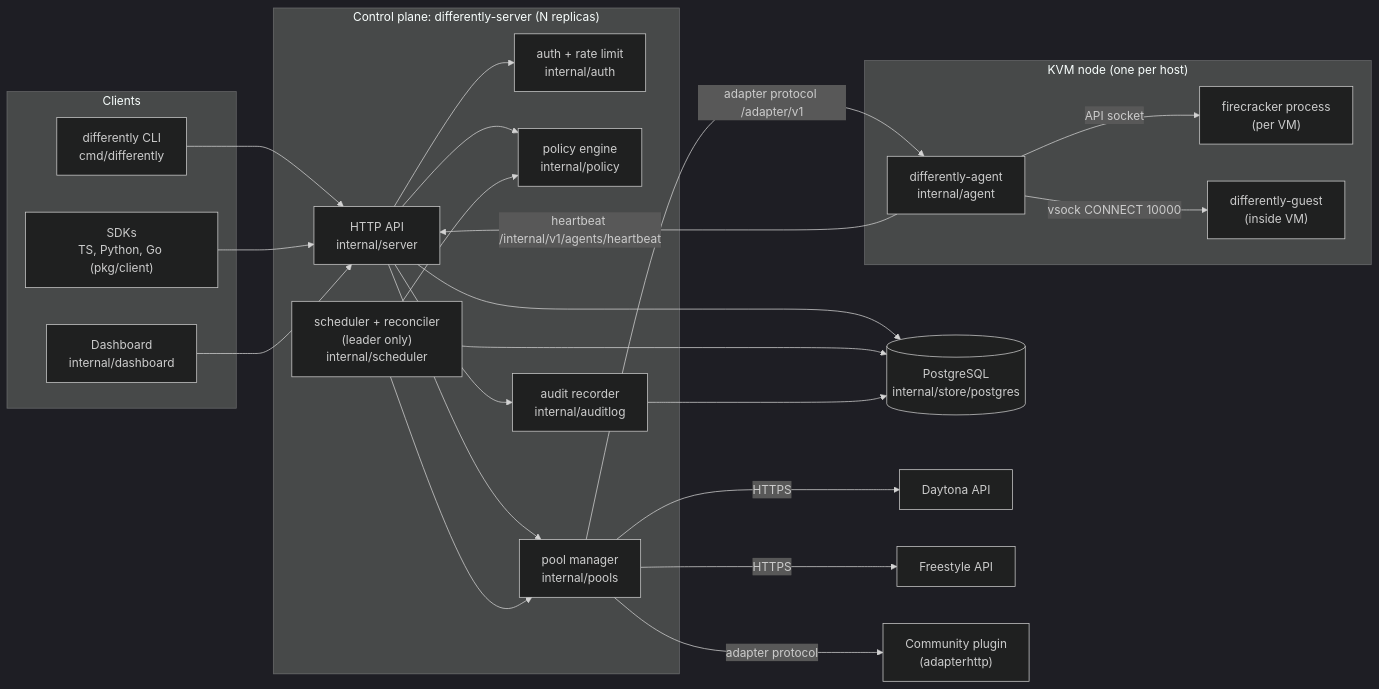
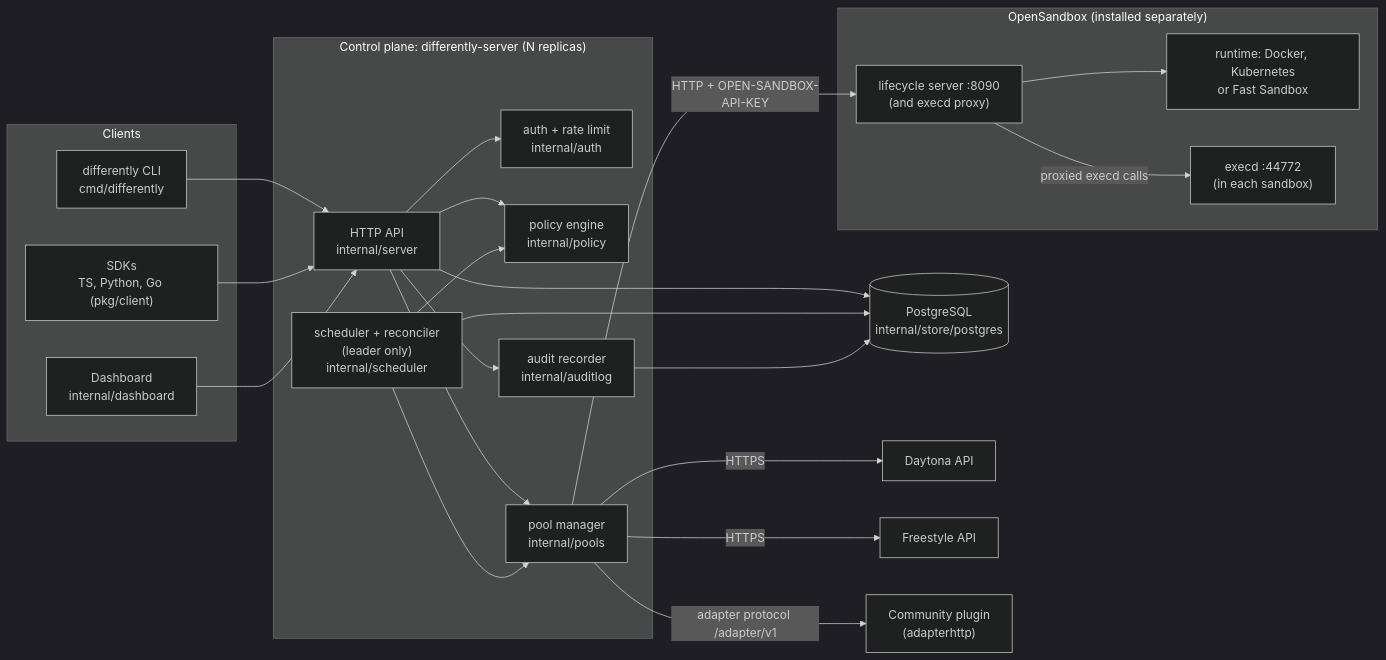
Before and after one commit to different-ai/differently: the second of 5 diagrams in docs/architecture/README.md, drawn with Mermaid (dark theme). The commit also changed other lines of this file and 136 other files, not shown here.

````diff
--- a/docs/architecture/README.md
+++ b/docs/architecture/README.md
@@ -120,41 +157,40 @@
 ```mermaid
 flowchart LR
   subgraph Clients
     CLI["differently CLI<br/>cmd/differently"]
     SDK["SDKs<br/>TS, Python, Go (pkg/client)"]
     UI["Dashboard<br/>internal/dashboard"]
   end
   subgraph CP["Control plane: differently-server (N replicas)"]
     HTTP["HTTP API<br/>internal/server"]
     AUTH["auth + rate limit<br/>internal/auth"]
     POL["policy engine<br/>internal/policy"]
     SCH["scheduler + reconciler<br/>(leader only)<br/>internal/scheduler"]
     PM["pool manager<br/>internal/pools"]
     AUD["audit recorder<br/>internal/auditlog"]
   end
   PG[("PostgreSQL<br/>internal/store/postgres")]
-  subgraph Node["KVM node (one per host)"]
-    AG["differently-agent<br/>internal/agent"]
-    FCP["firecracker process<br/>(per VM)"]
-    GU["differently-guest<br/>(inside VM)"]
+  subgraph OSB["OpenSandbox (installed separately)"]
+    OSS["lifecycle server :8090<br/>(and execd proxy)"]
+    RT["runtime: Docker, Kubernetes<br/>or Fast Sandbox"]
+    EX["execd :44772<br/>(in each sandbox)"]
   end
   DAY["Daytona API"]
   FRE["Freestyle API"]
   PLG["Community plugin<br/>(adapterhttp)"]
 
   CLI & SDK & UI --> HTTP
   HTTP --> AUTH
   HTTP --> POL
   HTTP --> PM
   HTTP --> AUD
   SCH --> POL
   SCH --> PM
   HTTP & SCH & AUD --> PG
-  PM -- "adapter protocol /adapter/v1" --> AG
-  AG -- "heartbeat /internal/v1/agents/heartbeat" --> HTTP
-  AG -- "API socket" --> FCP
-  AG -- "vsock CONNECT 10000" --> GU
+  PM -- "HTTP + OPEN-SANDBOX-API-KEY" --> OSS
+  OSS --> RT
+  OSS -- "proxied execd calls" --> EX
   PM -- HTTPS --> DAY
   PM -- HTTPS --> FRE
-  PM -- "adapter protocol" --> PLG
+  PM -- "adapter protocol /adapter/v1" --> PLG
 ```
````
